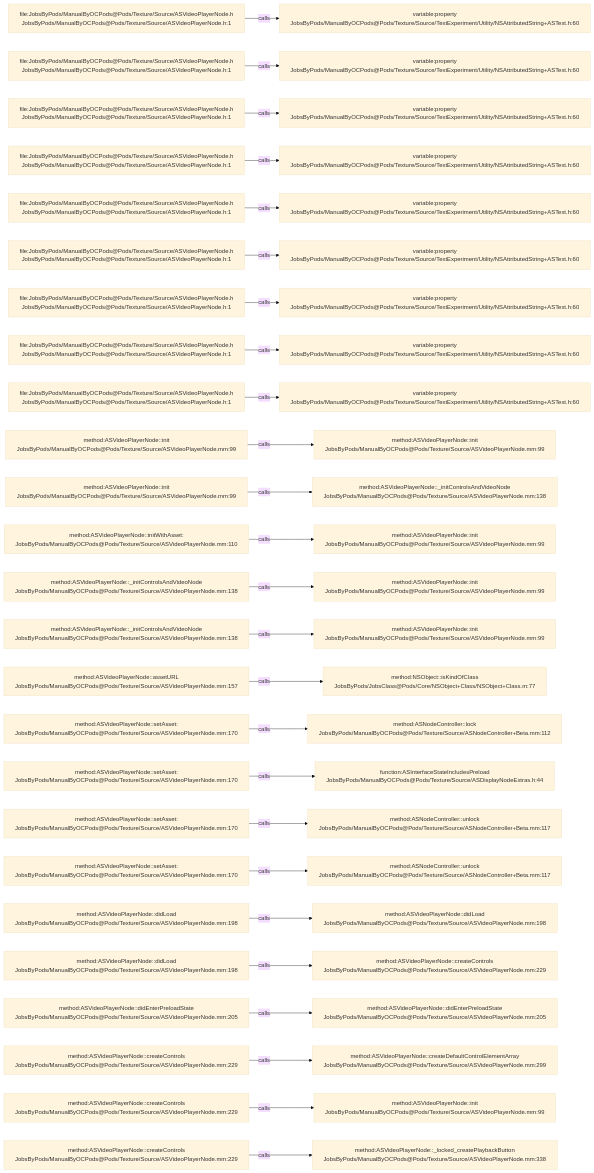
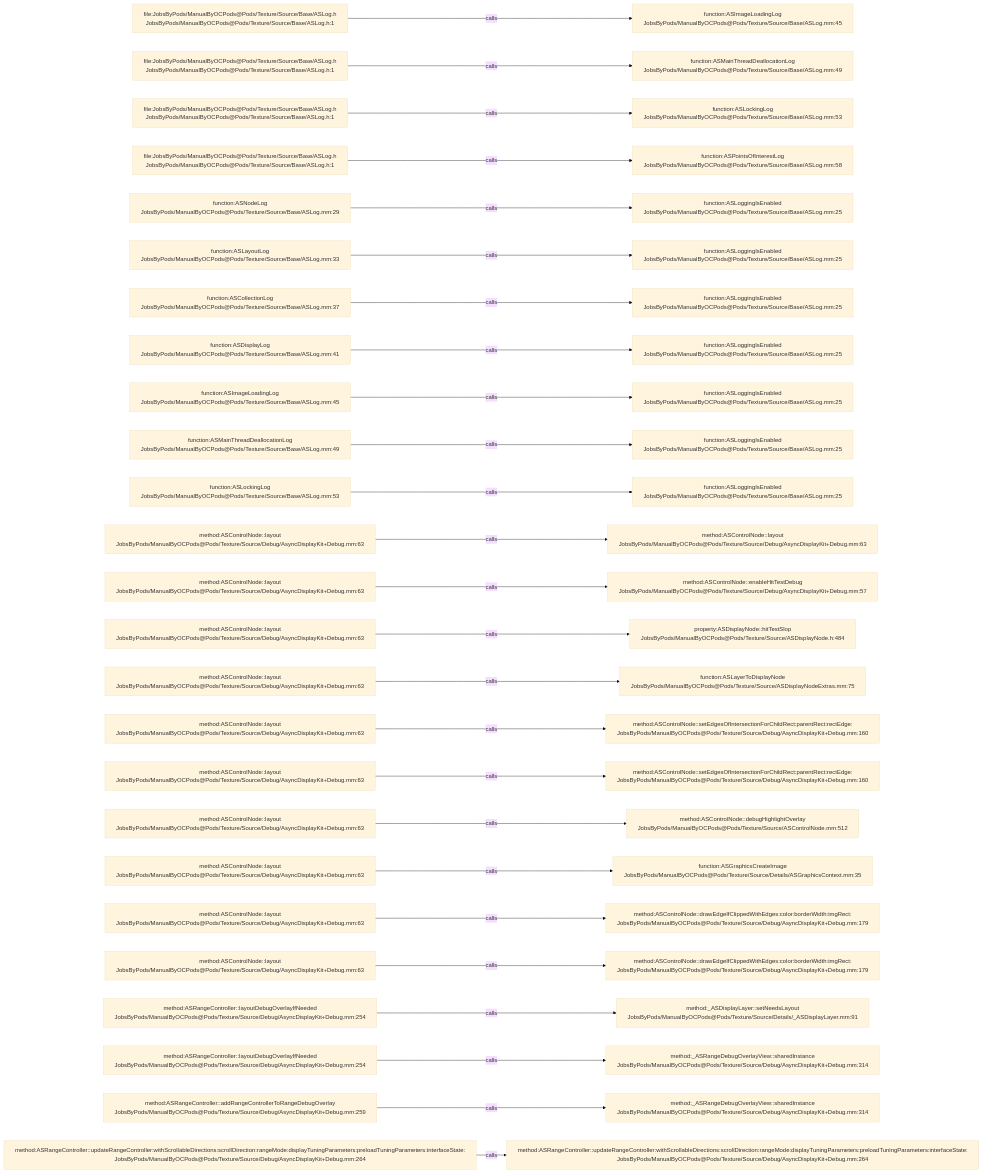
Before and after one commit to JobsKits/JobsOCBaseConfigDemo: the diagram in .codegraph/codegraph.md/graphs/calls-146.md, drawn with Mermaid (base theme). The commit also changed 1353 other files, not shown here.

````diff
--- a/.codegraph/codegraph.md/graphs/calls-146.md
+++ b/.codegraph/codegraph.md/graphs/calls-146.md
@@ -13,78 +13,78 @@
 ```mermaid
 flowchart LR
-  S1["file:JobsByPods/ManualByOCPods@Pods/Texture/Source/ASVideoPlayerNode.h<br/>JobsByPods/ManualByOCPods@Pods/Texture/Source/ASVideoPlayerNode.h:1"]
-  T1["variable:property<br/>JobsByPods/ManualByOCPods@Pods/Texture/Source/TextExperiment/Utility/NSAttributedString+ASText.h:60"]
+  S1["file:JobsByPods/ManualByOCPods@Pods/Texture/Source/Base/ASLog.h<br/>JobsByPods/ManualByOCPods@Pods/Texture/Source/Base/ASLog.h:1"]
+  T1["function:ASImageLoadingLog<br/>JobsByPods/ManualByOCPods@Pods/Texture/Source/Base/ASLog.mm:45"]
   S1 -->|calls| T1
-  S2["file:JobsByPods/ManualByOCPods@Pods/Texture/Source/ASVideoPlayerNode.h<br/>JobsByPods/ManualByOCPods@Pods/Texture/Source/ASVideoPlayerNode.h:1"]
-  T2["variable:property<br/>JobsByPods/ManualByOCPods@Pods/Texture/Source/TextExperiment/Utility/NSAttributedString+ASText.h:60"]
+  S2["file:JobsByPods/ManualByOCPods@Pods/Texture/Source/Base/ASLog.h<br/>JobsByPods/ManualByOCPods@Pods/Texture/Source/Base/ASLog.h:1"]
+  T2["function:ASMainThreadDeallocationLog<br/>JobsByPods/ManualByOCPods@Pods/Texture/Source/Base/ASLog.mm:49"]
   S2 -->|calls| T2
-  S3["file:JobsByPods/ManualByOCPods@Pods/Texture/Source/ASVideoPlayerNode.h<br/>JobsByPods/ManualByOCPods@Pods/Texture/Source/ASVideoPlayerNode.h:1"]
-  T3["variable:property<br/>JobsByPods/ManualByOCPods@Pods/Texture/Source/TextExperiment/Utility/NSAttributedString+ASText.h:60"]
+  S3["file:JobsByPods/ManualByOCPods@Pods/Texture/Source/Base/ASLog.h<br/>JobsByPods/ManualByOCPods@Pods/Texture/Source/Base/ASLog.h:1"]
+  T3["function:ASLockingLog<br/>JobsByPods/ManualByOCPods@Pods/Texture/Source/Base/ASLog.mm:53"]
   S3 -->|calls| T3
-  S4["file:JobsByPods/ManualByOCPods@Pods/Texture/Source/ASVideoPlayerNode.h<br/>JobsByPods/ManualByOCPods@Pods/Texture/Source/ASVideoPlayerNode.h:1"]
-  T4["variable:property<br/>JobsByPods/ManualByOCPods@Pods/Texture/Source/TextExperiment/Utility/NSAttributedString+ASText.h:60"]
+  S4["file:JobsByPods/ManualByOCPods@Pods/Texture/Source/Base/ASLog.h<br/>JobsByPods/ManualByOCPods@Pods/Texture/Source/Base/ASLog.h:1"]
+  T4["function:ASPointsOfInterestLog<br/>JobsByPods/ManualByOCPods@Pods/Texture/Source/Base/ASLog.mm:58"]
   S4 -->|calls| T4
-  S5["file:JobsByPods/ManualByOCPods@Pods/Texture/Source/ASVideoPlayerNode.h<br/>JobsByPods/ManualByOCPods@Pods/Texture/Source/ASVideoPlayerNode.h:1"]
-  T5["variable:property<br/>JobsByPods/ManualByOCPods@Pods/Texture/Source/TextExperiment/Utility/NSAttributedString+ASText.h:60"]
+  S5["function:ASNodeLog<br/>JobsByPods/ManualByOCPods@Pods/Texture/Source/Base/ASLog.mm:29"]
+  T5["function:ASLoggingIsEnabled<br/>JobsByPods/ManualByOCPods@Pods/Texture/Source/Base/ASLog.mm:25"]
   S5 -->|calls| T5
-  S6["file:JobsByPods/ManualByOCPods@Pods/Texture/Source/ASVideoPlayerNode.h<br/>JobsByPods/ManualByOCPods@Pods/Texture/Source/ASVideoPlayerNode.h:1"]
-  T6["variable:property<br/>JobsByPods/ManualByOCPods@Pods/Texture/Source/TextExperiment/Utility/NSAttributedString+ASText.h:60"]
+  S6["function:ASLayoutLog<br/>JobsByPods/ManualByOCPods@Pods/Texture/Source/Base/ASLog.mm:33"]
+  T6["function:ASLoggingIsEnabled<br/>JobsByPods/ManualByOCPods@Pods/Texture/Source/Base/ASLog.mm:25"]
   S6 -->|calls| T6
-  S7["file:JobsByPods/ManualByOCPods@Pods/Texture/Source/ASVideoPlayerNode.h<br/>JobsByPods/ManualByOCPods@Pods/Texture/Source/ASVideoPlayerNode.h:1"]
-  T7["variable:property<br/>JobsByPods/ManualByOCPods@Pods/Texture/Source/TextExperiment/Utility/NSAttributedString+ASText.h:60"]
+  S7["function:ASCollectionLog<br/>JobsByPods/ManualByOCPods@Pods/Texture/Source/Base/ASLog.mm:37"]
+  T7["function:ASLoggingIsEnabled<br/>JobsByPods/ManualByOCPods@Pods/Texture/Source/Base/ASLog.mm:25"]
   S7 -->|calls| T7
-  S8["file:JobsByPods/ManualByOCPods@Pods/Texture/Source/ASVideoPlayerNode.h<br/>JobsByPods/ManualByOCPods@Pods/Texture/Source/ASVideoPlayerNode.h:1"]
-  T8["variable:property<br/>JobsByPods/ManualByOCPods@Pods/Texture/Source/TextExperiment/Utility/NSAttributedString+ASText.h:60"]
+  S8["function:ASDisplayLog<br/>JobsByPods/ManualByOCPods@Pods/Texture/Source/Base/ASLog.mm:41"]
+  T8["function:ASLoggingIsEnabled<br/>JobsByPods/ManualByOCPods@Pods/Texture/Source/Base/ASLog.mm:25"]
   S8 -->|calls| T8
-  S9["file:JobsByPods/ManualByOCPods@Pods/Texture/Source/ASVideoPlayerNode.h<br/>JobsByPods/ManualByOCPods@Pods/Texture/Source/ASVideoPlayerNode.h:1"]
-  T9["variable:property<br/>JobsByPods/ManualByOCPods@Pods/Texture/Source/TextExperiment/Utility/NSAttributedString+ASText.h:60"]
+  S9["function:ASImageLoadingLog<br/>JobsByPods/ManualByOCPods@Pods/Texture/Source/Base/ASLog.mm:45"]
+  T9["function:ASLoggingIsEnabled<br/>JobsByPods/ManualByOCPods@Pods/Texture/Source/Base/ASLog.mm:25"]
   S9 -->|calls| T9
-  S10["method:ASVideoPlayerNode::init<br/>JobsByPods/ManualByOCPods@Pods/Texture/Source/ASVideoPlayerNode.mm:99"]
-  T10["method:ASVideoPlayerNode::init<br/>JobsByPods/ManualByOCPods@Pods/Texture/Source/ASVideoPlayerNode.mm:99"]
+  S10["function:ASMainThreadDeallocationLog<br/>JobsByPods/ManualByOCPods@Pods/Texture/Source/Base/ASLog.mm:49"]
+  T10["function:ASLoggingIsEnabled<br/>JobsByPods/ManualByOCPods@Pods/Texture/Source/Base/ASLog.mm:25"]
   S10 -->|calls| T10
-  S11["method:ASVideoPlayerNode::init<br/>JobsByPods/ManualByOCPods@Pods/Texture/Source/ASVideoPlayerNode.mm:99"]
-  T11["method:ASVideoPlayerNode::_initControlsAndVideoNode<br/>JobsByPods/ManualByOCPods@Pods/Texture/Source/ASVideoPlayerNode.mm:138"]
+  S11["function:ASLockingLog<br/>JobsByPods/ManualByOCPods@Pods/Texture/Source/Base/ASLog.mm:53"]
+  T11["function:ASLoggingIsEnabled<br/>JobsByPods/ManualByOCPods@Pods/Texture/Source/Base/ASLog.mm:25"]
   S11 -->|calls| T11
-  S12["method:ASVideoPlayerNode::initWithAsset:<br/>JobsByPods/ManualByOCPods@Pods/Texture/Source/ASVideoPlayerNode.mm:110"]
-  T12["method:ASVideoPlayerNode::init<br/>JobsByPods/ManualByOCPods@Pods/Texture/Source/ASVideoPlayerNode.mm:99"]
+  S12["method:ASControlNode::layout<br/>JobsByPods/ManualByOCPods@Pods/Texture/Source/Debug/AsyncDisplayKit+Debug.mm:63"]
+  T12["method:ASControlNode::layout<br/>JobsByPods/ManualByOCPods@Pods/Texture/Source/Debug/AsyncDisplayKit+Debug.mm:63"]
   S12 -->|calls| T12
-  S13["method:ASVideoPlayerNode::_initControlsAndVideoNode<br/>JobsByPods/ManualByOCPods@Pods/Texture/Source/ASVideoPlayerNode.mm:138"]
-  T13["method:ASVideoPlayerNode::init<br/>JobsByPods/ManualByOCPods@Pods/Texture/Source/ASVideoPlayerNode.mm:99"]
+  S13["method:ASControlNode::layout<br/>JobsByPods/ManualByOCPods@Pods/Texture/Source/Debug/AsyncDisplayKit+Debug.mm:63"]
+  T13["method:ASControlNode::enableHitTestDebug<br/>JobsByPods/ManualByOCPods@Pods/Texture/Source/Debug/AsyncDisplayKit+Debug.mm:57"]
   S13 -->|calls| T13
-  S14["method:ASVideoPlayerNode::_initControlsAndVideoNode<br/>JobsByPods/ManualByOCPods@Pods/Texture/Source/ASVideoPlayerNode.mm:138"]
-  T14["method:ASVideoPlayerNode::init<br/>JobsByPods/ManualByOCPods@Pods/Texture/Source/ASVideoPlayerNode.mm:99"]
+  S14["method:ASControlNode::layout<br/>JobsByPods/ManualByOCPods@Pods/Texture/Source/Debug/AsyncDisplayKit+Debug.mm:63"]
+  T14["property:ASDisplayNode::hitTestSlop<br/>JobsByPods/ManualByOCPods@Pods/Texture/Source/ASDisplayNode.h:484"]
   S14 -->|calls| T14
-  S15["method:ASVideoPlayerNode::assetURL<br/>JobsByPods/ManualByOCPods@Pods/Texture/Source/ASVideoPlayerNode.mm:157"]
-  T15["method:NSObject::isKindOfClass<br/>JobsByPods/JobsClass@Pods/Core/NSObject+Class/NSObject+Class.m:77"]
+  S15["method:ASControlNode::layout<br/>JobsByPods/ManualByOCPods@Pods/Texture/Source/Debug/AsyncDisplayKit+Debug.mm:63"]
+  T15["function:ASLayerToDisplayNode<br/>JobsByPods/ManualByOCPods@Pods/Texture/Source/ASDisplayNodeExtras.mm:75"]
   S15 -->|calls| T15
-  S16["method:ASVideoPlayerNode::setAsset:<br/>JobsByPods/ManualByOCPods@Pods/Texture/Source/ASVideoPlayerNode.mm:170"]
-  T16["method:ASNodeController::lock<br/>JobsByPods/ManualByOCPods@Pods/Texture/Source/ASNodeController+Beta.mm:112"]
+  S16["method:ASControlNode::layout<br/>JobsByPods/ManualByOCPods@Pods/Texture/Source/Debug/AsyncDisplayKit+Debug.mm:63"]
+  T16["method:ASControlNode::setEdgesOfIntersectionForChildRect:parentRect:rectEdge:<br/>JobsByPods/ManualByOCPods@Pods/Texture/Source/Debug/AsyncDisplayKit+Debug.mm:160"]
   S16 -->|calls| T16
-  S17["method:ASVideoPlayerNode::setAsset:<br/>JobsByPods/ManualByOCPods@Pods/Texture/Source/ASVideoPlayerNode.mm:170"]
-  T17["function:ASInterfaceStateIncludesPreload<br/>JobsByPods/ManualByOCPods@Pods/Texture/Source/ASDisplayNodeExtras.h:44"]
+  S17["method:ASControlNode::layout<br/>JobsByPods/ManualByOCPods@Pods/Texture/Source/Debug/AsyncDisplayKit+Debug.mm:63"]
+  T17["method:ASControlNode::setEdgesOfIntersectionForChildRect:parentRect:rectEdge:<br/>JobsByPods/ManualByOCPods@Pods/Texture/Source/Debug/AsyncDisplayKit+Debug.mm:160"]
   S17 -->|calls| T17
-  S18["method:ASVideoPlayerNode::setAsset:<br/>JobsByPods/ManualByOCPods@Pods/Texture/Source/ASVideoPlayerNode.mm:170"]
-  T18["method:ASNodeController::unlock<br/>JobsByPods/ManualByOCPods@Pods/Texture/Source/ASNodeController+Beta.mm:117"]
+  S18["method:ASControlNode::layout<br/>JobsByPods/ManualByOCPods@Pods/Texture/Source/Debug/AsyncDisplayKit+Debug.mm:63"]
+  T18["method:ASControlNode::debugHighlightOverlay<br/>JobsByPods/ManualByOCPods@Pods/Texture/Source/ASControlNode.mm:512"]
   S18 -->|calls| T18
-  S19["method:ASVideoPlayerNode::setAsset:<br/>JobsByPods/ManualByOCPods@Pods/Texture/Source/ASVideoPlayerNode.mm:170"]
-  T19["method:ASNodeController::unlock<br/>JobsByPods/ManualByOCPods@Pods/Texture/Source/ASNodeController+Beta.mm:117"]
+  S19["method:ASControlNode::layout<br/>JobsByPods/ManualByOCPods@Pods/Texture/Source/Debug/AsyncDisplayKit+Debug.mm:63"]
+  T19["function:ASGraphicsCreateImage<br/>JobsByPods/ManualByOCPods@Pods/Texture/Source/Details/ASGraphicsContext.mm:35"]
   S19 -->|calls| T19
-  S20["method:ASVideoPlayerNode::didLoad<br/>JobsByPods/ManualByOCPods@Pods/Texture/Source/ASVideoPlayerNode.mm:198"]
-  T20["method:ASVideoPlayerNode::didLoad<br/>JobsByPods/ManualByOCPods@Pods/Texture/Source/ASVideoPlayerNode.mm:198"]
+  S20["method:ASControlNode::layout<br/>JobsByPods/ManualByOCPods@Pods/Texture/Source/Debug/AsyncDisplayKit+Debug.mm:63"]
+  T20["method:ASControlNode::drawEdgeIfClippedWithEdges:color:borderWidth:imgRect:<br/>JobsByPods/ManualByOCPods@Pods/Texture/Source/Debug/AsyncDisplayKit+Debug.mm:179"]
   S20 -->|calls| T20
-  S21["method:ASVideoPlayerNode::didLoad<br/>JobsByPods/ManualByOCPods@Pods/Texture/Source/ASVideoPlayerNode.mm:198"]
-  T21["method:ASVideoPlayerNode::createControls<br/>JobsByPods/ManualByOCPods@Pods/Texture/Source/ASVideoPlayerNode.mm:229"]
+  S21["method:ASControlNode::layout<br/>JobsByPods/ManualByOCPods@Pods/Texture/Source/Debug/AsyncDisplayKit+Debug.mm:63"]
+  T21["method:ASControlNode::drawEdgeIfClippedWithEdges:color:borderWidth:imgRect:<br/>JobsByPods/ManualByOCPods@Pods/Texture/Source/Debug/AsyncDisplayKit+Debug.mm:179"]
   S21 -->|calls| T21
-  S22["method:ASVideoPlayerNode::didEnterPreloadState<br/>JobsByPods/ManualByOCPods@Pods/Texture/Source/ASVideoPlayerNode.mm:205"]
-  T22["method:ASVideoPlayerNode::didEnterPreloadState<br/>JobsByPods/ManualByOCPods@Pods/Texture/Source/ASVideoPlayerNode.mm:205"]
+  S22["method:ASRangeController::layoutDebugOverlayIfNeeded<br/>JobsByPods/ManualByOCPods@Pods/Texture/Source/Debug/AsyncDisplayKit+Debug.mm:254"]
+  T22["method:_ASDisplayLayer::setNeedsLayout<br/>JobsByPods/ManualByOCPods@Pods/Texture/Source/Details/_ASDisplayLayer.mm:91"]
   S22 -->|calls| T22
-  S23["method:ASVideoPlayerNode::createControls<br/>JobsByPods/ManualByOCPods@Pods/Texture/Source/ASVideoPlayerNode.mm:229"]
-  T23["method:ASVideoPlayerNode::createDefaultControlElementArray<br/>JobsByPods/ManualByOCPods@Pods/Texture/Source/ASVideoPlayerNode.mm:299"]
+  S23["method:ASRangeController::layoutDebugOverlayIfNeeded<br/>JobsByPods/ManualByOCPods@Pods/Texture/Source/Debug/AsyncDisplayKit+Debug.mm:254"]
+  T23["method:_ASRangeDebugOverlayView::sharedInstance<br/>JobsByPods/ManualByOCPods@Pods/Texture/Source/Debug/AsyncDisplayKit+Debug.mm:314"]
   S23 -->|calls| T23
-  S24["method:ASVideoPlayerNode::createControls<br/>JobsByPods/ManualByOCPods@Pods/Texture/Source/ASVideoPlayerNode.mm:229"]
-  T24["method:ASVideoPlayerNode::init<br/>JobsByPods/ManualByOCPods@Pods/Texture/Source/ASVideoPlayerNode.mm:99"]
+  S24["method:ASRangeController::addRangeControllerToRangeDebugOverlay<br/>JobsByPods/ManualByOCPods@Pods/Texture/Source/Debug/AsyncDisplayKit+Debug.mm:259"]
+  T24["method:_ASRangeDebugOverlayView::sharedInstance<br/>JobsByPods/ManualByOCPods@Pods/Texture/Source/Debug/AsyncDisplayKit+Debug.mm:314"]
   S24 -->|calls| T24
-  S25["method:ASVideoPlayerNode::createControls<br/>JobsByPods/ManualByOCPods@Pods/Texture/Source/ASVideoPlayerNode.mm:229"]
-  T25["method:ASVideoPlayerNode::_locked_createPlaybackButton<br/>JobsByPods/ManualByOCPods@Pods/Texture/Source/ASVideoPlayerNode.mm:338"]
+  S25["method:ASRangeController::updateRangeController:withScrollableDirections:scrollDirection:rangeMode:displayTuningParameters:preloadTuningParameters:interfaceState:<br/>JobsByPods/ManualByOCPods@Pods/Texture/Source/Debug/AsyncDisplayKit+Debug.mm:264"]
+  T25["method:ASRangeController::updateRangeController:withScrollableDirections:scrollDirection:rangeMode:displayTuningParameters:preloadTuningParameters:interfaceState:<br/>JobsByPods/ManualByOCPods@Pods/Texture/Source/Debug/AsyncDisplayKit+Debug.mm:264"]
   S25 -->|calls| T25
 ```
````
